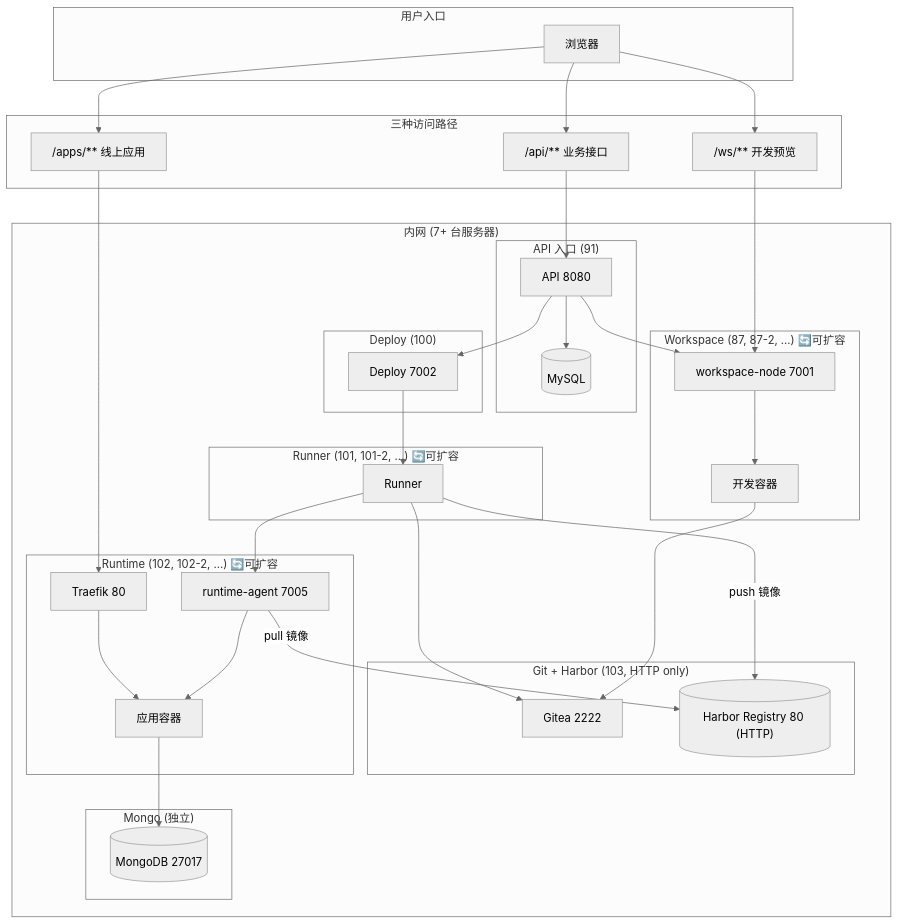
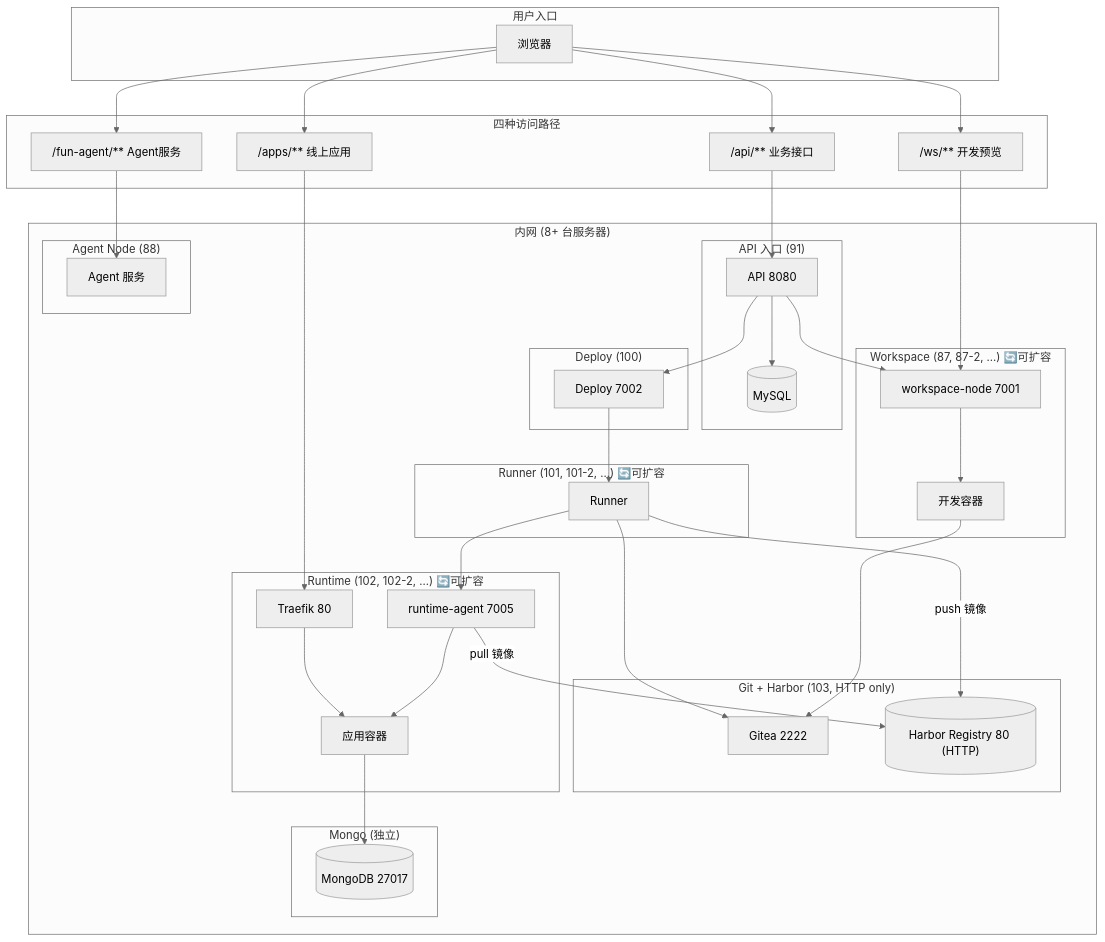
Before and after one commit to ruiAndroid/fun-ai-studio-api: the first of 4 diagrams in src/main/resources/doc/domains/architecture/README.md, drawn with Mermaid (neutral theme). The commit also changed other lines of this file and 1 other file, not shown here.

Commit message:
完善系统架构图

````diff
--- a/src/main/resources/doc/domains/architecture/README.md
+++ b/src/main/resources/doc/domains/architecture/README.md
@@ -31,66 +31,72 @@
 ```mermaid
 flowchart TB
     subgraph User["用户入口"]
         Browser["浏览器"]
     end
 
-    subgraph Routes["三种访问路径"]
+    subgraph Routes["四种访问路径"]
         R1["/api/** 业务接口"]
         R2["/ws/** 开发预览"]
         R3["/apps/** 线上应用"]
+        R4["/fun-agent/** Agent服务"]
     end
 
-    subgraph Infra["内网 (7+ 台服务器)"]
+    subgraph Infra["内网 (8+ 台服务器)"]
         subgraph S91["API 入口 (91)"]
             API["API 8080"]
             MySQL[("MySQL")]
+        end
+
+        subgraph S88["Agent Node (88)"]
+            AgentService["Agent 服务"]
         end
 
         subgraph S87["Workspace (87, 87-2, ...) 🔄可扩容"]
             WsNode["workspace-node 7001"]
             WsCtn["开发容器"]
         end
 
         subgraph S100["Deploy (100)"]
             Deploy["Deploy 7002"]
         end
 
         subgraph S101["Runner (101, 101-2, ...) 🔄可扩容"]
             Runner["Runner"]
         end
 
     subgraph S103["Git + Harbor (103, HTTP only)"]
             Gitea["Gitea 2222"]
             Harbor[("Harbor Registry 80 (HTTP)")]
         end
 
         subgraph S102["Runtime (102, 102-2, ...) 🔄可扩容"]
             Agent["runtime-agent 7005"]
             Traefik["Traefik 80"]
             AppCtn["应用容器"]
         end
 
         subgraph SMongo["Mongo (独立)"]
             MongoDB[("MongoDB 27017")]
         end
     end
 
-    Browser --> R1 & R2 & R3
+    Browser --> R1 & R2 & R3 & R4
     R1 --> API
     R2 --> WsNode --> WsCtn
     R3 --> Traefik --> AppCtn
+    R4 --> AgentService
 
     API --> MySQL
     API --> WsNode
     API --> Deploy
 
     Deploy --> Runner
     Runner --> Gitea
     Runner -->|push 镜像| Harbor
     Runner --> Agent
     Agent -->|pull 镜像| Harbor
     Agent --> AppCtn
     AppCtn --> MongoDB
 
     WsCtn --> Gitea
 ```
````
